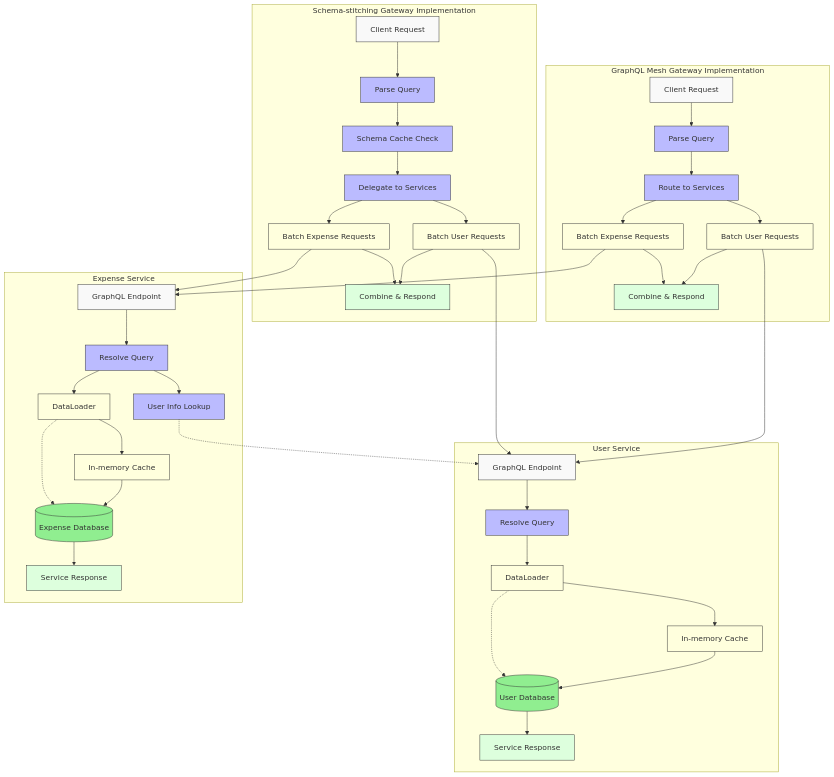
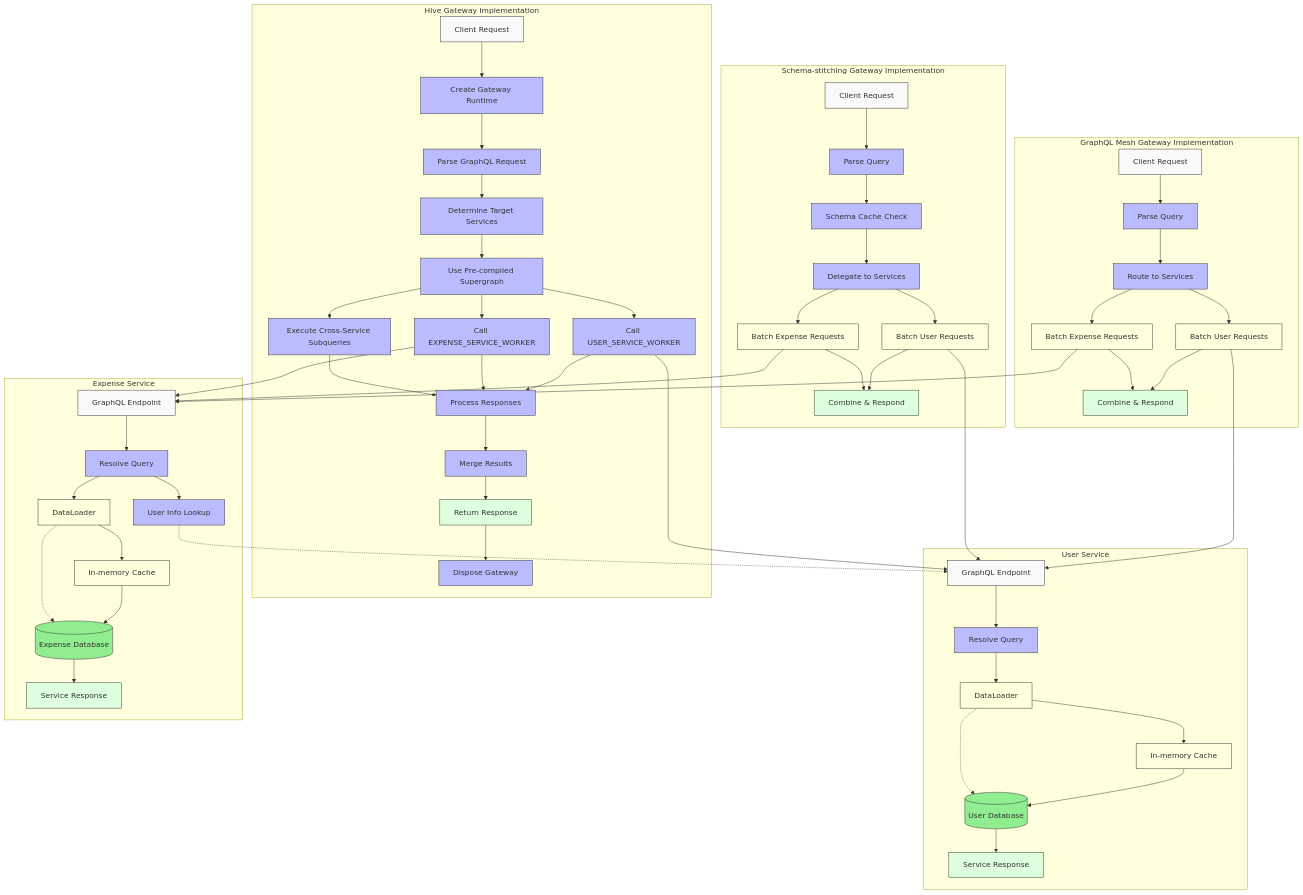
Before and after one commit to vinodhj/graphql-gateway-microservices: the diagram in docs/diagrams/low-level-design.mermaid, drawn with Mermaid. The commit also changed 3 other files, not shown here.

```diff
--- a/docs/diagrams/low-level-design.mermaid
+++ b/docs/diagrams/low-level-design.mermaid
@@ -1,95 +1,128 @@
 flowchart TB
     subgraph "GraphQL Mesh Gateway Implementation"
         GM_Request[Client Request]
         GM_Parse[Parse Query]
         GM_Routes[Route to Services]
         GM_BatchUser[Batch User Requests]
         GM_BatchExpense[Batch Expense Requests]
         GM_Response[Combine & Respond]
     end
     
     subgraph "Schema-stitching Gateway Implementation"
         GS_Request[Client Request]
         GS_Parse[Parse Query]
         GS_SchemaCheck[Schema Cache Check]
         GS_Delegate[Delegate to Services]
         GS_BatchUser[Batch User Requests]
         GS_BatchExpense[Batch Expense Requests]
         GS_Response[Combine & Respond]
+    end
+    
+    subgraph "Hive Gateway Implementation"
+        HG_Request[Client Request]
+        HG_Runtime[Create Gateway Runtime]
+        HG_Parse[Parse GraphQL Request]
+        HG_DetermineTarget[Determine Target Services]
+        HG_QueryPlan[Use Pre-compiled Supergraph]
+        HG_User[Call USER_SERVICE_WORKER]
+        HG_Expense[Call EXPENSE_SERVICE_WORKER]
+        HG_CrossService[Execute Cross-Service Subqueries]
+        HG_Process[Process Responses]
+        HG_Merge[Merge Results]
+        HG_Response[Return Response]
+        HG_Dispose[Dispose Gateway]
     end
     
     subgraph "User Service"
         US_Endpoint[GraphQL Endpoint]
         US_Resolver[Resolve Query]
         US_DL[DataLoader]
         US_Cache[In-memory Cache]
         US_DB[(User Database)]
         US_Response[Service Response]
     end
     
     subgraph "Expense Service"
         ES_Endpoint[GraphQL Endpoint]
         ES_Resolver[Resolve Query]
         ES_DL[DataLoader]
         ES_Cache[In-memory Cache]
         ES_DB[(Expense Database)]
         ES_UserLookup[User Info Lookup]
         ES_Response[Service Response]
     end
     
     %% GraphQL Mesh flow
     GM_Request --> GM_Parse
     GM_Parse --> GM_Routes
     GM_Routes --> GM_BatchUser
     GM_Routes --> GM_BatchExpense
     GM_BatchUser --> GM_Response
     GM_BatchExpense --> GM_Response
     
     %% Schema-stitching flow
     GS_Request --> GS_Parse
     GS_Parse --> GS_SchemaCheck
     GS_SchemaCheck --> GS_Delegate
     GS_Delegate --> GS_BatchUser
     GS_Delegate --> GS_BatchExpense
     GS_BatchUser --> GS_Response
     GS_BatchExpense --> GS_Response
     
+    %% Hive Gateway flow
+    HG_Request --> HG_Runtime
+    HG_Runtime --> HG_Parse
+    HG_Parse --> HG_DetermineTarget
+    HG_DetermineTarget --> HG_QueryPlan
+    HG_QueryPlan --> HG_User
+    HG_QueryPlan --> HG_Expense
+    HG_QueryPlan --> HG_CrossService
+    HG_User --> HG_Process
+    HG_Expense --> HG_Process
+    HG_CrossService --> HG_Process
+    HG_Process --> HG_Merge
+    HG_Merge --> HG_Response
+    HG_Response --> HG_Dispose
+    
     %% User Service flow
     US_Endpoint --> US_Resolver
     US_Resolver --> US_DL
     US_DL --> US_Cache
     US_Cache --> US_DB
     US_DB --> US_Response
     
     %% Cache miss path
     US_DL -.-> US_DB
     
     %% Expense Service flow
     ES_Endpoint --> ES_Resolver
     ES_Resolver --> ES_DL
     ES_DL --> ES_Cache
     ES_Cache --> ES_DB
     ES_Resolver --> ES_UserLookup
     ES_UserLookup -.-> US_Endpoint
     ES_DB --> ES_Response
     
     %% Cache miss path
     ES_DL -.-> ES_DB
     
     %% Gateway to Service connections
     GM_BatchUser --> US_Endpoint
     GM_BatchExpense --> ES_Endpoint
     GS_BatchUser --> US_Endpoint
     GS_BatchExpense --> ES_Endpoint
+    HG_User --> US_Endpoint
+    HG_Expense --> ES_Endpoint
     
     classDef request fill:#f9f9f9,stroke:#333,stroke-width:1px
     classDef process fill:#bbf,stroke:#333,stroke-width:1px
     classDef optimization fill:#ffd,stroke:#333,stroke-width:1px
     classDef response fill:#dfd,stroke:#333,stroke-width:1px
     classDef database fill:#90ee90,stroke:#333,stroke-width:1px
     
-    class GM_Request,GS_Request,US_Endpoint,ES_Endpoint request
-    class GM_Parse,GM_Routes,GS_Parse,GS_SchemaCheck,GS_Delegate,US_Resolver,ES_Resolver,ES_UserLookup process
+    class GM_Request,GS_Request,HG_Request,US_Endpoint,ES_Endpoint request
+    class GM_Parse,GM_Routes,GS_Parse,GS_SchemaCheck,GS_Delegate,HG_Runtime,HG_Parse,HG_DetermineTarget,HG_QueryPlan,HG_User,HG_Expense,HG_CrossService,HG_Process,HG_Merge,US_Resolver,ES_Resolver,ES_UserLookup process
     class GM_BatchUser,GM_BatchExpense,GS_BatchUser,GS_BatchExpense,US_DL,US_Cache,ES_DL,ES_Cache optimization
-    class GM_Response,GS_Response,US_Response,ES_Response response
+    class GM_Response,GS_Response,HG_Response,US_Response,ES_Response response
     class US_DB,ES_DB database
+    class HG_Dispose process
```
